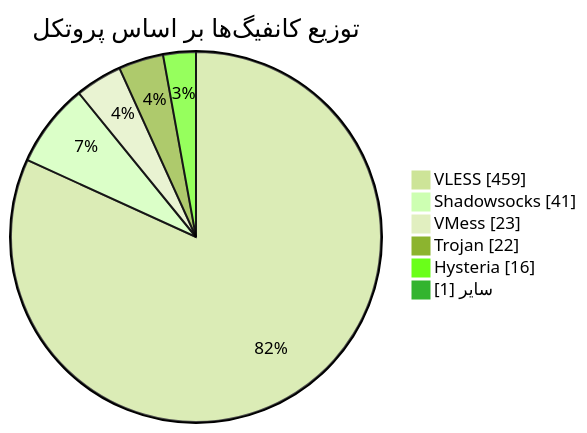
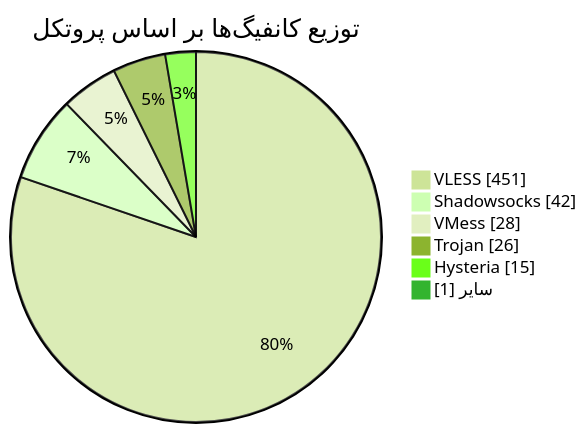
One commit to Arian-Alijani/Somthing changed the diagram in README.md. Above: the diagram before and after it, drawn with Mermaid (forest theme). The commit also changed other lines of this file and 65 other files, not shown here.

````diff
--- a/README.md
+++ b/README.md
@@ -48,10 +48,10 @@
 ```mermaid
 pie showData
     title توزیع کانفیگ‌ها بر اساس پروتکل
-    "VLESS" : 459
-    "Shadowsocks" : 41
-    "VMess" : 23
-    "Trojan" : 22
-    "Hysteria" : 16
+    "VLESS" : 451
+    "Shadowsocks" : 42
+    "VMess" : 28
+    "Trojan" : 26
+    "Hysteria" : 15
     "سایر" : 1
 ```
````
